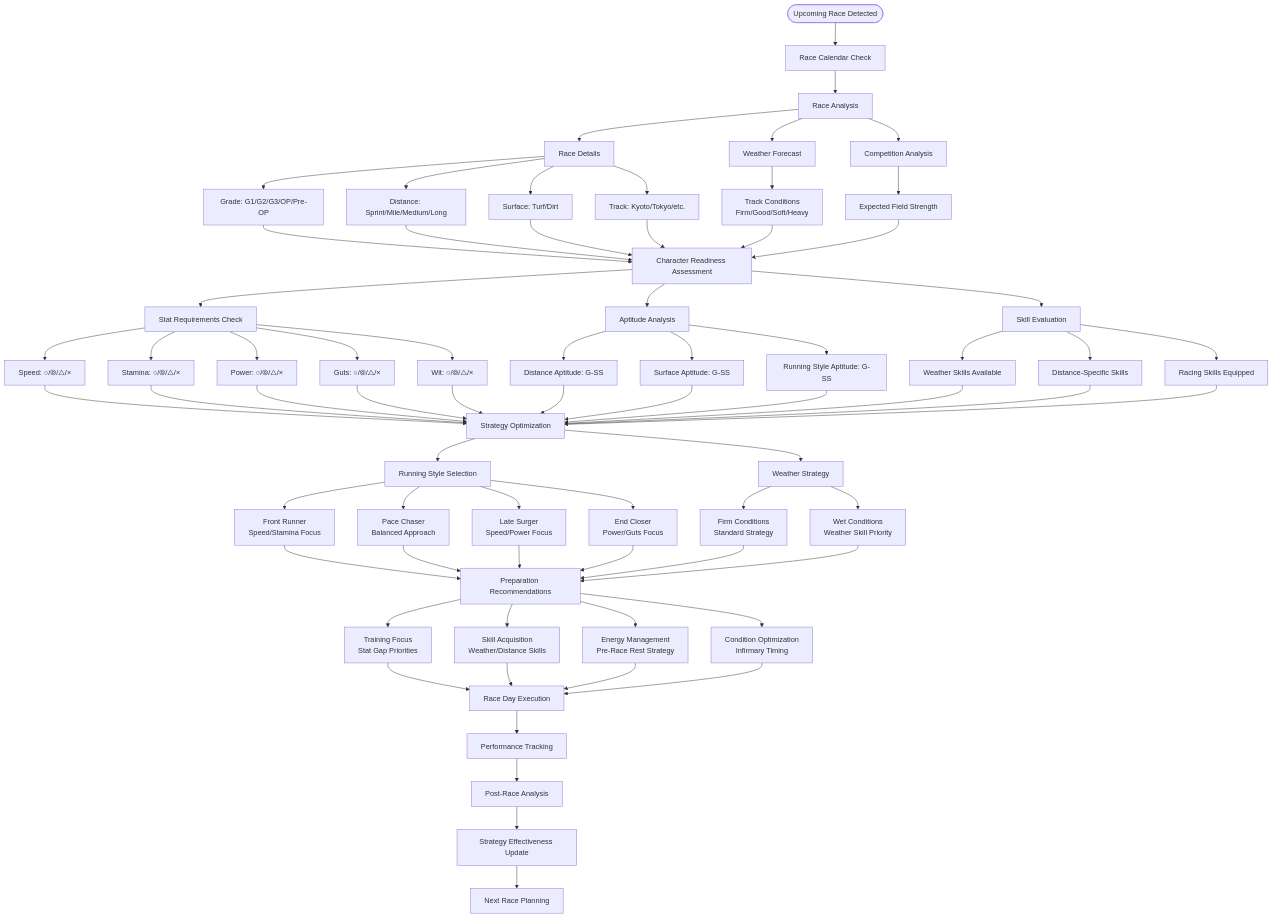
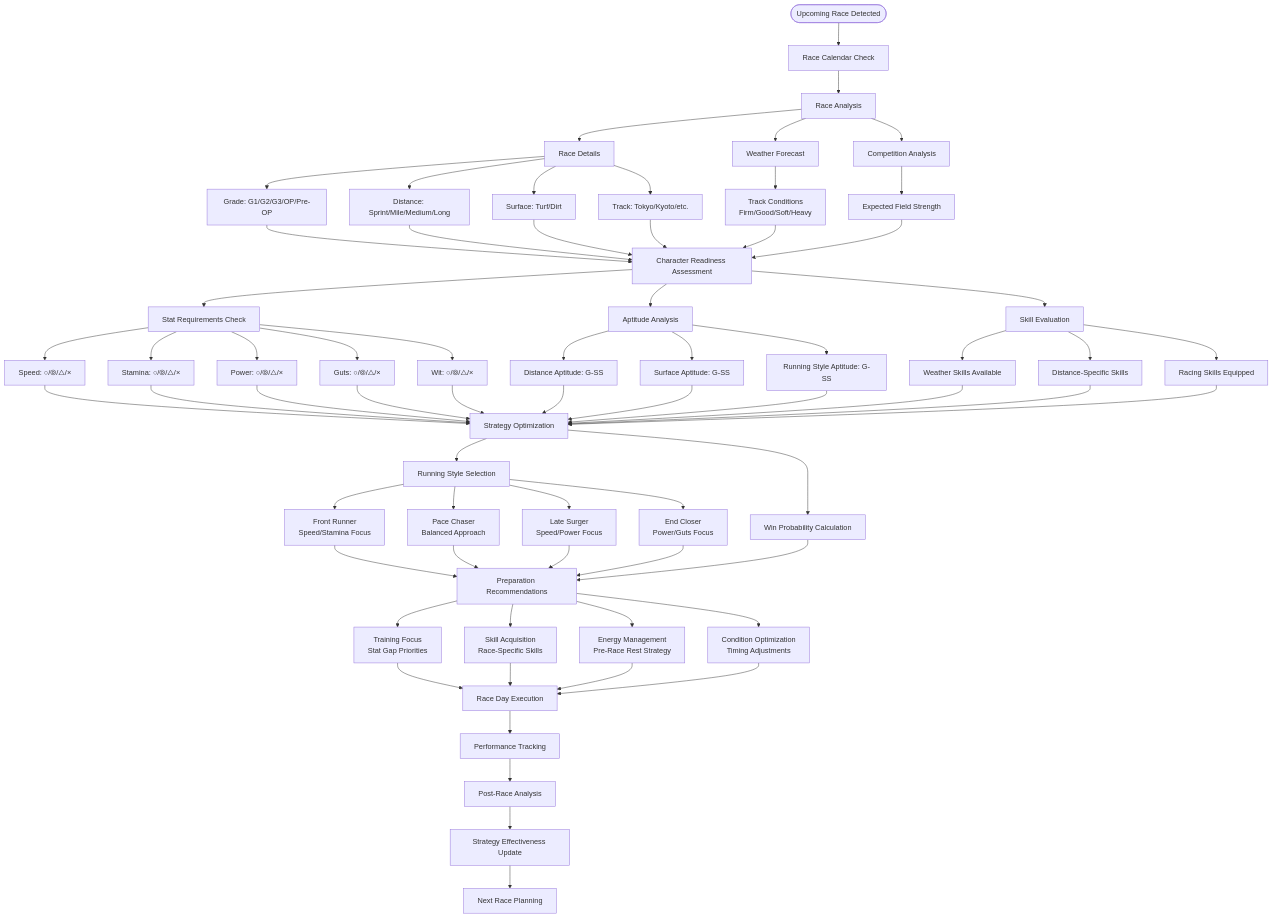
One commit to exatfrds67/umamusume-career-planner changed the third of 7 diagrams in docs/01-diagrams/user-workflow-diagrams.md. Above: the diagram before and after it, drawn with Mermaid. The commit also changed other lines of this file and 67 other files, not shown here.

```diff
--- a/docs/01-diagrams/user-workflow-diagrams.md
+++ b/docs/01-diagrams/user-workflow-diagrams.md
@@ -334,7 +387,7 @@
     RaceDetails --> Grade[Grade: G1/G2/G3/OP/Pre-OP]
     RaceDetails --> Distance[Distance: Sprint/Mile/Medium/Long]
     RaceDetails --> Surface[Surface: Turf/Dirt]
-    RaceDetails --> Track[Track: Kyoto/Tokyo/etc.]
+    RaceDetails --> Track[Track: Tokyo/Kyoto/etc.]
 
     WeatherForecast --> TrackConditions[Track Conditions<br/>Firm/Good/Soft/Heavy]
     CompetitionAnalysis --> FieldStrength[Expected Field Strength]
@@ -377,27 +430,23 @@
     RacingSkills --> StrategyOpt
 
     StrategyOpt --> RunningStyleSelect[Running Style Selection]
-    StrategyOpt --> WeatherStrategy[Weather Strategy]
+    StrategyOpt --> WinProbability[Win Probability Calculation]
 
     RunningStyleSelect --> FrontRunner[Front Runner<br/>Speed/Stamina Focus]
     RunningStyleSelect --> PaceChaser[Pace Chaser<br/>Balanced Approach]
     RunningStyleSelect --> LateSurger[Late Surger<br/>Speed/Power Focus]
     RunningStyleSelect --> EndCloser[End Closer<br/>Power/Guts Focus]
 
-    WeatherStrategy --> FirmConditions[Firm Conditions<br/>Standard Strategy]
-    WeatherStrategy --> WetConditions[Wet Conditions<br/>Weather Skill Priority]
-
     FrontRunner --> PrepRecs[Preparation Recommendations]
     PaceChaser --> PrepRecs
     LateSurger --> PrepRecs
     EndCloser --> PrepRecs
-    FirmConditions --> PrepRecs
-    WetConditions --> PrepRecs
+    WinProbability --> PrepRecs
 
     PrepRecs --> TrainingFocus[Training Focus<br/>Stat Gap Priorities]
-    PrepRecs --> SkillAcquisition[Skill Acquisition<br/>Weather/Distance Skills]
+    PrepRecs --> SkillAcquisition[Skill Acquisition<br/>Race-Specific Skills]
     PrepRecs --> EnergyMgmt[Energy Management<br/>Pre-Race Rest Strategy]
-    PrepRecs --> ConditionOpt[Condition Optimization<br/>Infirmary Timing]
+    PrepRecs --> ConditionOpt[Condition Optimization<br/>Timing Adjustments]
 
     TrainingFocus --> RaceDay[Race Day Execution]
     SkillAcquisition --> RaceDay
```
